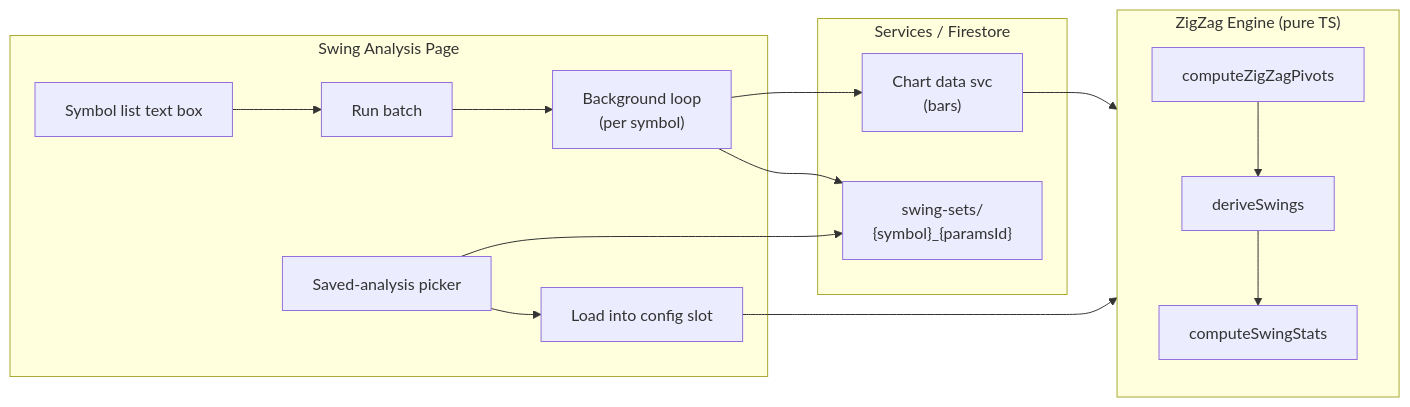
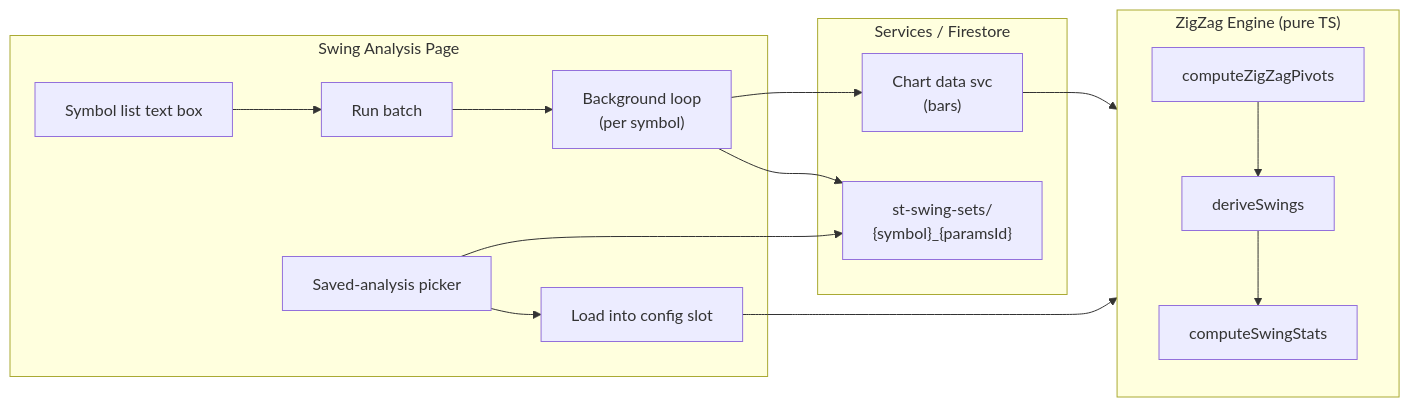
One commit to rinebob/rel-str changed the diagram in docs/topics/261-indicator-lib/261-416-417-PRD-INDICATOR-LIB-indicator-lib-auto-run-save-swings.md. Above: the diagram before and after it, drawn with Mermaid. The commit also changed other lines of this file and 3 other files, not shown here.

First line of the commit message:
261-429_DOCS-DOCS-INDICATOR-LIB: Update docs for st-swing-sets and add batch-UI code review

````diff
--- a/docs/topics/261-indicator-lib/261-416-417-PRD-INDICATOR-LIB-indicator-lib-auto-run-save-swings.md
+++ b/docs/topics/261-indicator-lib/261-416-417-PRD-INDICATOR-LIB-indicator-lib-auto-run-save-swings.md
@@ -76,22 +76,22 @@
 ```mermaid
 flowchart LR
   subgraph Page["Swing Analysis Page"]
     BOX["Symbol list text box"] --> RUN["Run batch"]
     RUN --> LOOP["Background loop<br/>(per symbol)"]
     PICK["Saved-analysis picker"] --> LOAD["Load into config slot"]
   end
 
   subgraph Engine["ZigZag Engine (pure TS)"]
     PIV["computeZigZagPivots"] --> SW["deriveSwings"] --> ST["computeSwingStats"]
   end
 
   subgraph Data["Services / Firestore"]
     BARS["Chart data svc<br/>(bars)"]
-    FS["swing-sets/<br/>{symbol}_{paramsId}"]
+    FS["st-swing-sets/<br/>{symbol}_{paramsId}"]
   end
 
   LOOP --> BARS --> Engine
   LOOP --> FS
   PICK --> FS
   LOAD --> Engine
 ```
````
